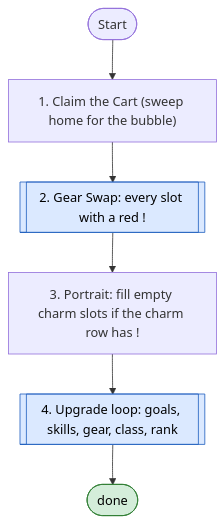
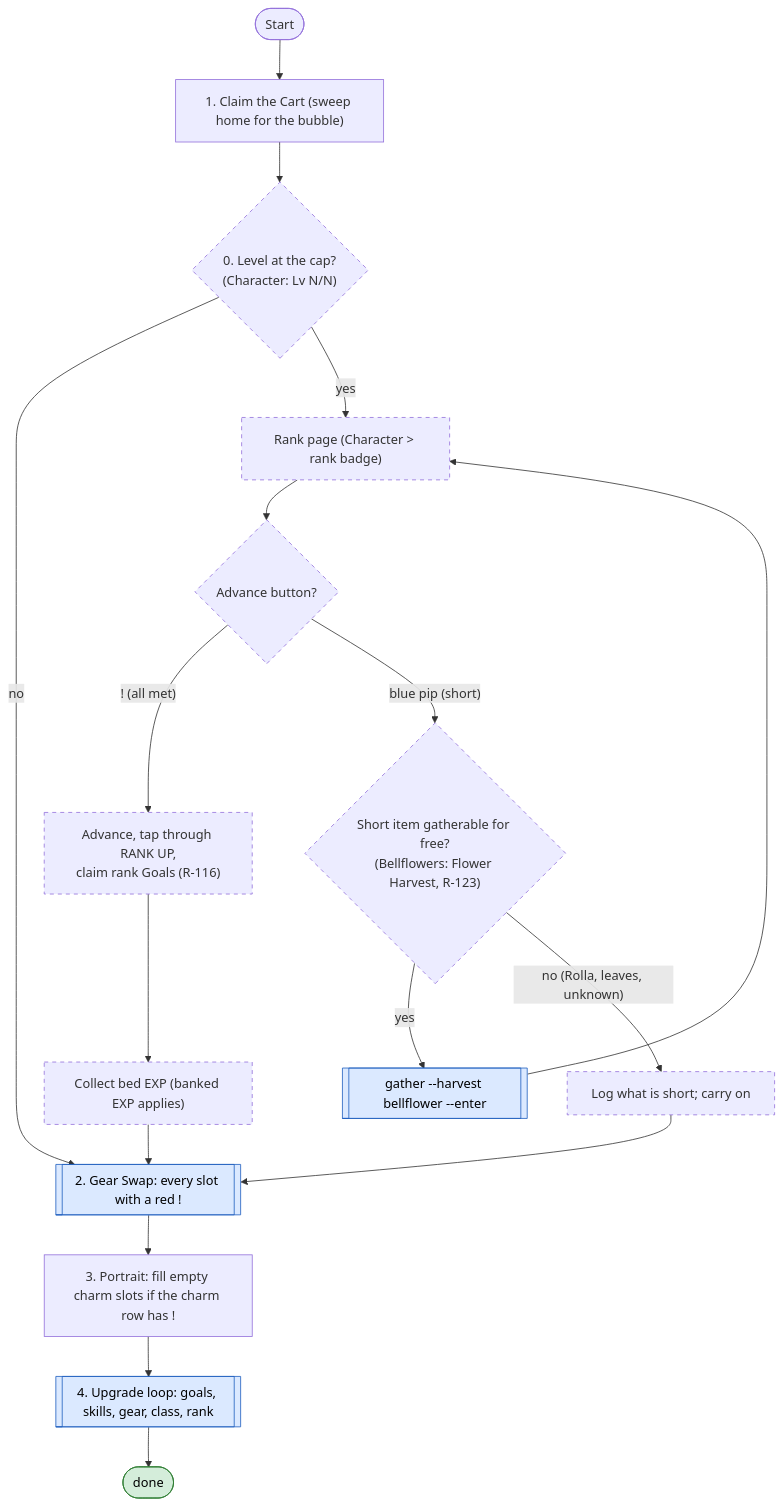
The third of 3 diagrams in docs/loops/upgrade.md (Sun-flow/sxs-agent), drawn with Mermaid before and after one commit. The commit also changed other lines of this file and 4 other files, not shown here.

First line of the commit message:
R-118: rank advancement comes first at the level cap (mae 2026-11-11 05:20); planned rank-first branch in the get_stronger flowchart; code to-do in status

````diff
--- a/docs/loops/upgrade.md
+++ b/docs/loops/upgrade.md
@@ -82,12 +87,22 @@
 ```mermaid
 flowchart TD
     S(["Start"]) --> A["1. Claim the Cart (sweep home for the bubble)"]
-    A --> B[["2. Gear Swap: every slot with a red !"]]
+    A --> CAP{"0. Level at the cap?<br/>(Character: Lv N/N)"}
+    CAP -->|no| B
+    CAP -->|yes| RP["Rank page (Character > rank badge)"]
+    RP --> RA{"Advance button?"}
+    RA -->|"! (all met)"| ADV["Advance, tap through RANK UP,<br/>claim rank Goals (R-116)"] --> BED["Collect bed EXP (banked EXP applies)"] --> B
+    RA -->|"blue pip (short)"| SH{"Short item gatherable for free?<br/>(Bellflowers: Flower Harvest, R-123)"}
+    SH -->|yes| GA[["gather --harvest bellflower --enter"]] --> RP
+    SH -->|"no (Rolla, leaves, unknown)"| NOTE["Log what is short; carry on"] --> B
+    B[["2. Gear Swap: every slot with a red !"]]
     B --> C["3. Portrait: fill empty charm slots if the charm row has !"]
     C --> D[["4. Upgrade loop: goals, skills, gear, class, rank"]]
     D --> OK(["done"])
     classDef ok fill:#d4edda,stroke:#2e7d32,color:#000
     classDef sub fill:#dbe9ff,stroke:#1f5fbf,color:#000
+    classDef plan stroke-dasharray: 5 5
     class OK ok
-    class B,D sub
+    class B,D,GA sub
+    class CAP,RP,RA,ADV,BED,SH,NOTE plan
 ```
````
